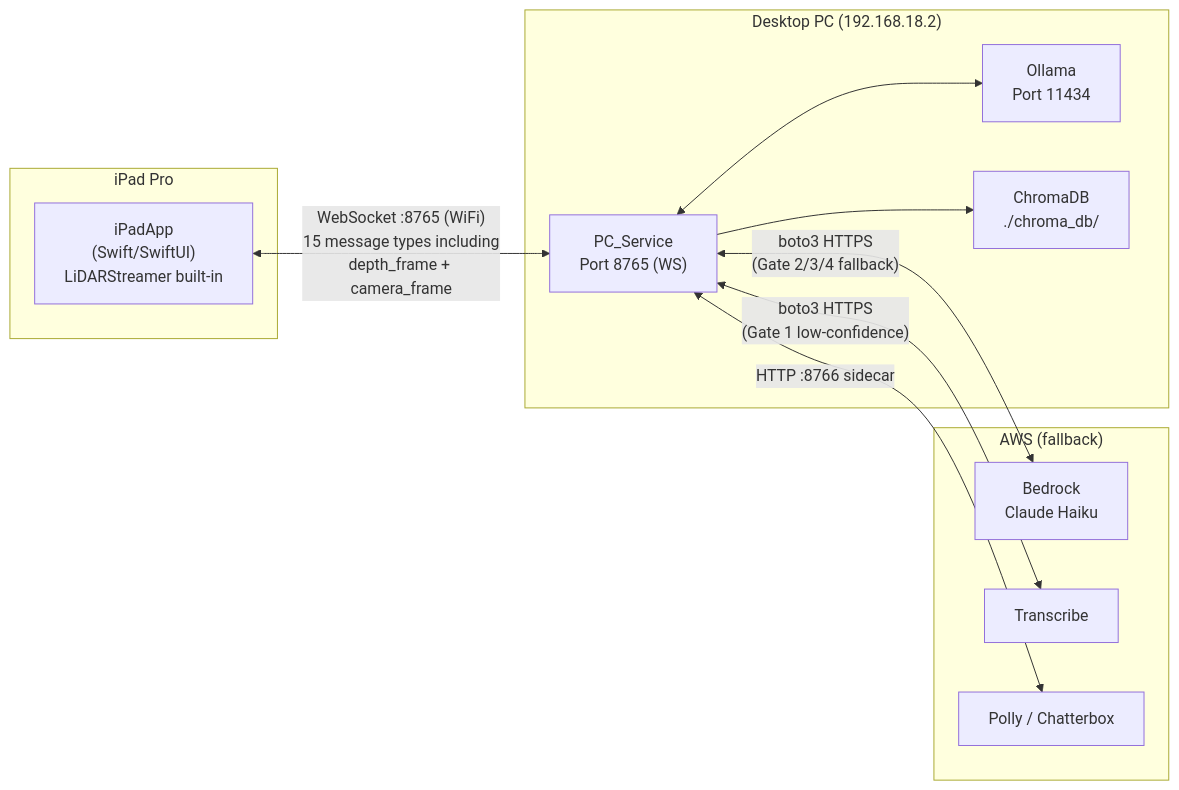
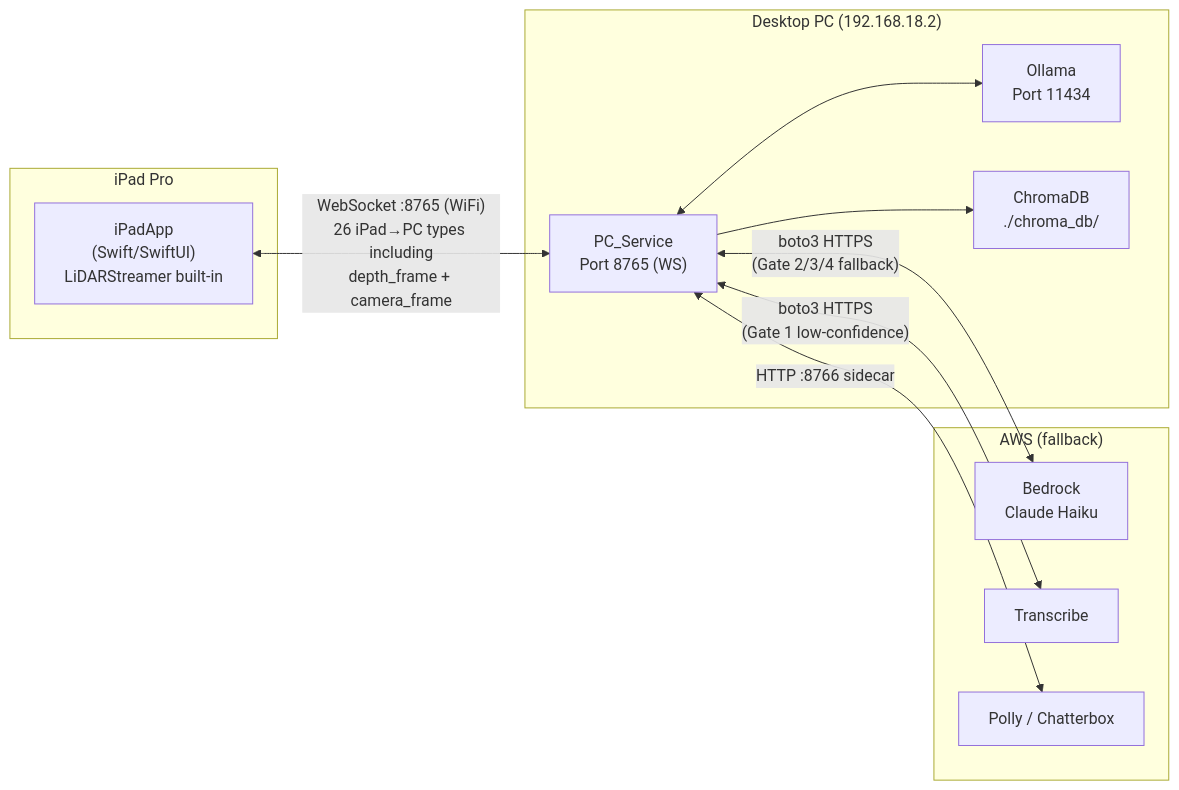
One commit to Bradly187/Personal-Desktop-Agent changed the fourth of 4 diagrams in specs/ipad-sensor-focus/diagrams/01-system-architecture.md. Above: the diagram before and after it, drawn with Mermaid. The commit also changed other lines of this file and 16 other files, not shown here.

````diff
--- a/specs/ipad-sensor-focus/diagrams/01-system-architecture.md
+++ b/specs/ipad-sensor-focus/diagrams/01-system-architecture.md
@@ -118,25 +114,25 @@
 ```mermaid
 flowchart LR
     subgraph ipad["iPad Pro"]
         app["iPadApp\n(Swift/SwiftUI)\nLiDARStreamer built-in"]
     end
 
     subgraph desktop["Desktop PC (192.168.18.2)"]
         service["PC_Service\nPort 8765 (WS)"]
         ollama_srv["Ollama\nPort 11434"]
         chroma["ChromaDB\n./chroma_db/"]
         service <--> ollama_srv
         service --> chroma
     end
 
     subgraph aws["AWS (fallback)"]
         bedrock["Bedrock\nClaude Haiku"]
         transcribe["Transcribe"]
         polly["Polly / Chatterbox"]
     end
 
-    app <-->|"WebSocket :8765 (WiFi)\n15 message types including\ndepth_frame + camera_frame"| service
+    app <-->|"WebSocket :8765 (WiFi)\n26 iPad→PC types including\ndepth_frame + camera_frame"| service
     service <-->|"boto3 HTTPS\n(Gate 2/3/4 fallback)"| bedrock
     service <-->|"boto3 HTTPS\n(Gate 1 low-confidence)"| transcribe
     service <-->|"HTTP :8766 sidecar"| polly
 ```
````
